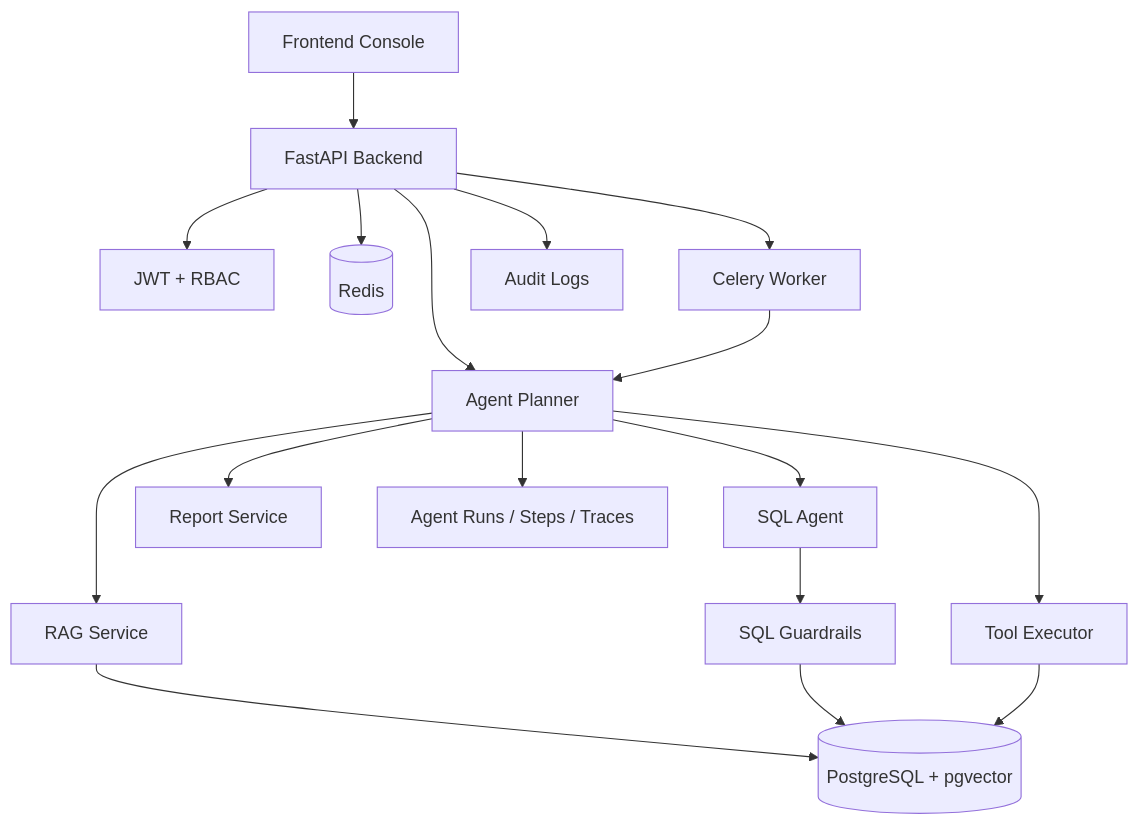
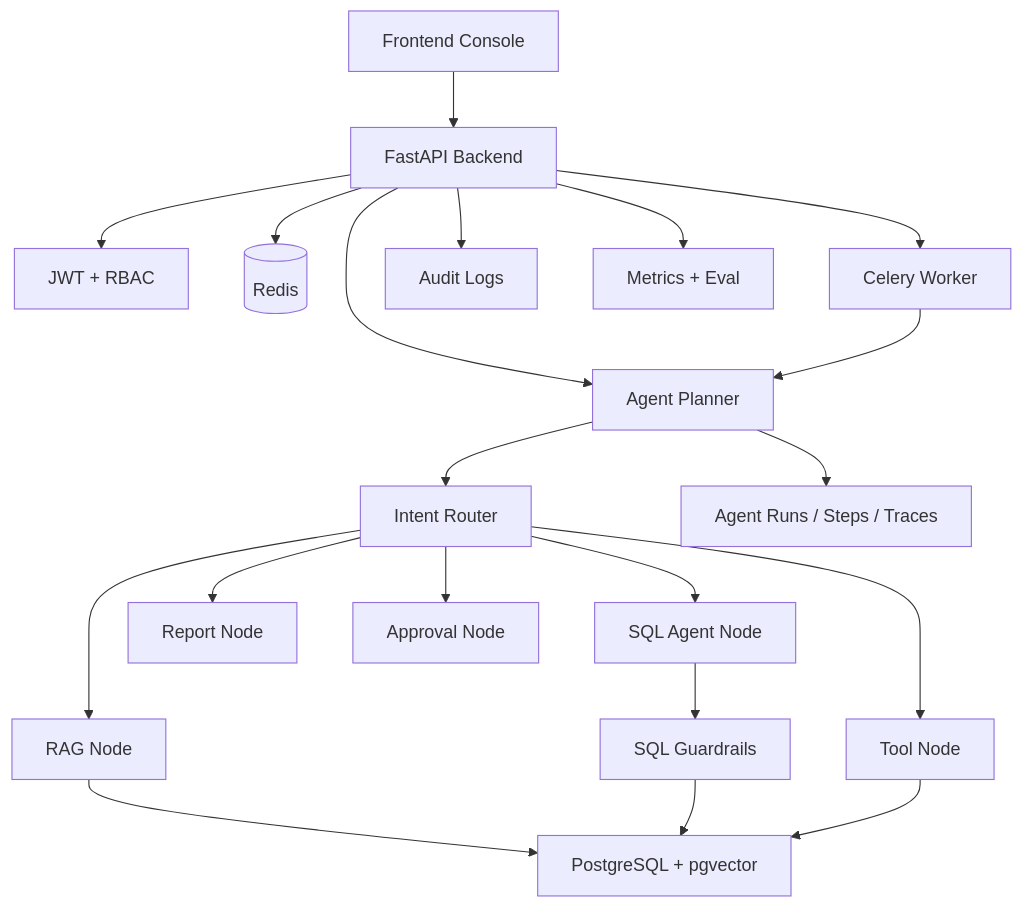
The first of 2 diagrams in README.md (Beverly621/enterprise-multitool-agent-platform), drawn with Mermaid before and after one commit. The commit also changed other lines of this file and 16 other files, not shown here.

````diff
--- a/README.md
+++ b/README.md
@@ -71,19 +72,22 @@
 ```mermaid
 flowchart TD
     UI[Frontend Console] --> API[FastAPI Backend]
     API --> Auth[JWT + RBAC]
     API --> Planner[Agent Planner]
-    Planner --> RAG[RAG Service]
-    Planner --> SQL[SQL Agent]
-    Planner --> Tool[Tool Executor]
-    Planner --> Report[Report Service]
-    RAG --> PG[(PostgreSQL + pgvector)]
+    Planner --> Router[Intent Router]
+    Router --> RAG[RAG Node]
+    Router --> SQL[SQL Agent Node]
+    Router --> Tool[Tool Node]
+    Router --> Report[Report Node]
+    Router --> Approval[Approval Node]
+    Planner --> Trace[Agent Runs / Steps / Traces]
+    RAG --> Vector[PostgreSQL + pgvector]
     SQL --> Guardrails[SQL Guardrails]
-    Guardrails --> PG
-    Tool --> PG
+    Guardrails --> Vector
+    Tool --> Vector
     API --> Redis[(Redis)]
     API --> Celery[Celery Worker]
     Celery --> Planner
-    Planner --> Trace[Agent Runs / Steps / Traces]
     API --> Audit[Audit Logs]
+    API --> Metrics[Metrics + Eval]
 ```
````
